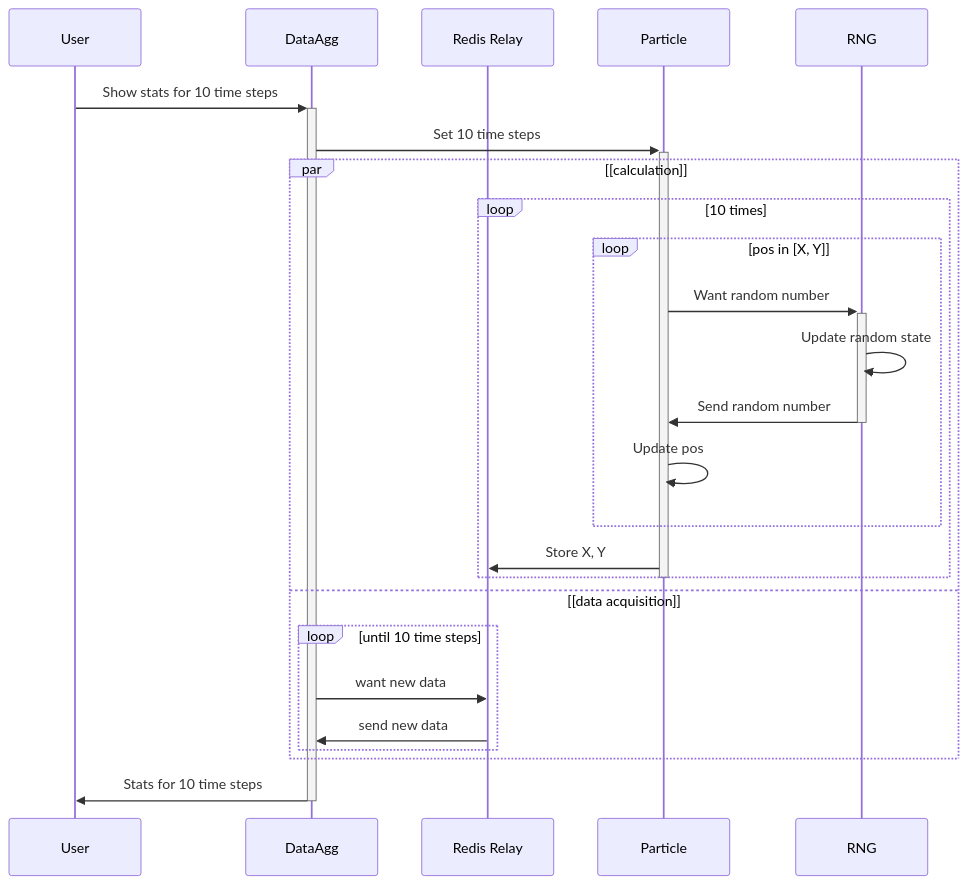
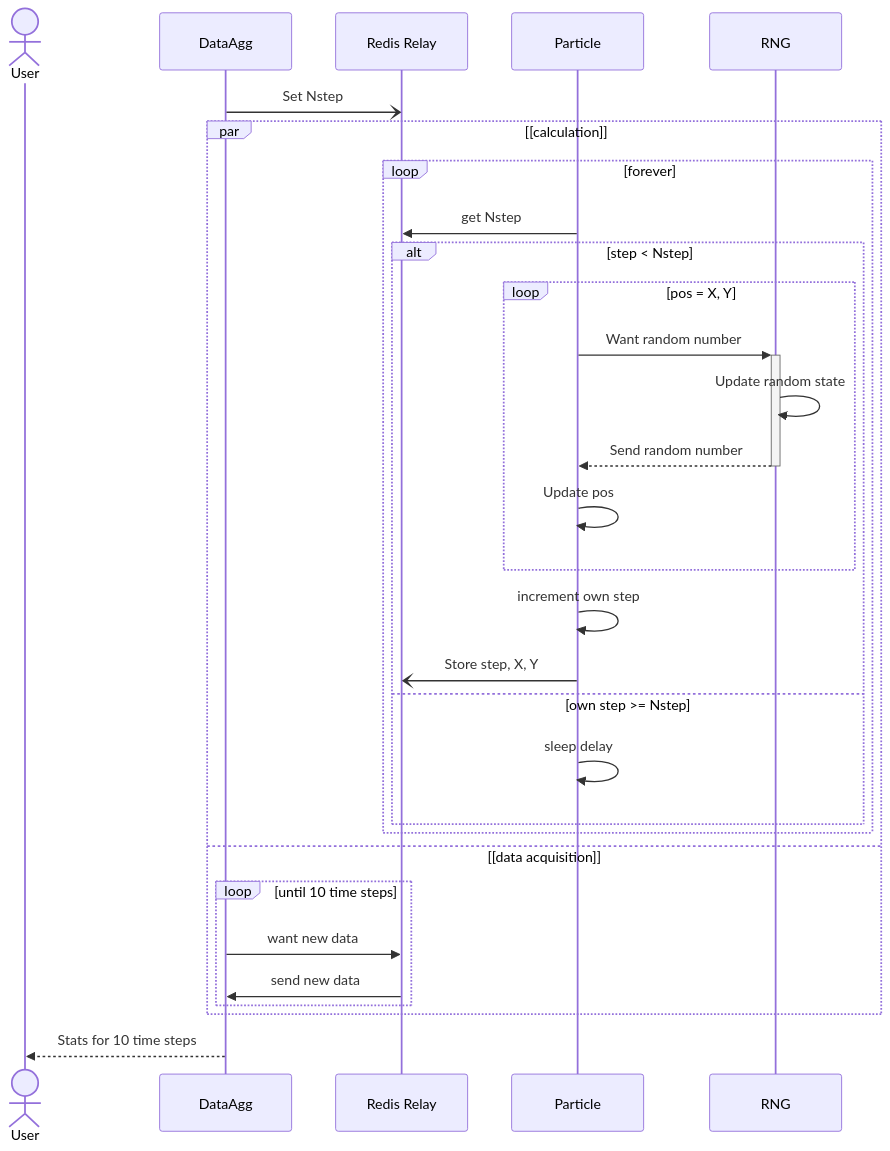
Before and after one commit to willirath/2022_reproducible_distributed_scientific_computing: the fourth of 4 diagrams in README.md, drawn with Mermaid. The commit also changed 9 other files, not shown here.

Commit message:
Streamline architecture

````diff
--- a/README.md
+++ b/README.md
@@ -112,40 +112,43 @@
 ```mermaid
 sequenceDiagram
-    participant U as User
+    actor U as User
     participant DA as DataAgg
     participant RD as Redis Relay
     participant P as Particle
     participant R as RNG
 
-    U->>+DA: Show stats for 10 time steps
-
-    DA->>+P: Set 10 time steps
+    DA-)RD: Set Nstep
 
     par [calculation]
 
-        loop 10 times
-            loop pos in [X, Y]
-                P->>+R: Want random number
-                R->>R: Update random state
-                R->>-P: Send random number
-                P->>P: Update pos
-            end
+        loop forever
+            P->>RD: get Nstep
+            alt step < Nstep
+                loop pos = X, Y
+                    P->>+R: Want random number
+                    R->>R: Update random state
+                    R-->>-P: Send random number
+                    P->>P: Update pos
+                end
+                P->>P: increment own step
+                P-)RD: Store step, X, Y
+            else own step >= Nstep
+                P->>P: sleep delay
+            end            
             
-            P->>RD: Store X, Y
-
         end
         
-        deactivate P
+        %% deactivate P
     
     and [data acquisition]
 
         loop until 10 time steps
             DA->>RD: want new data
             RD->>DA: send new data
         end
     
     end
 
-    DA->>-U: Stats for 10 time steps
+    DA-->>U: Stats for 10 time steps
 
 ```
````
